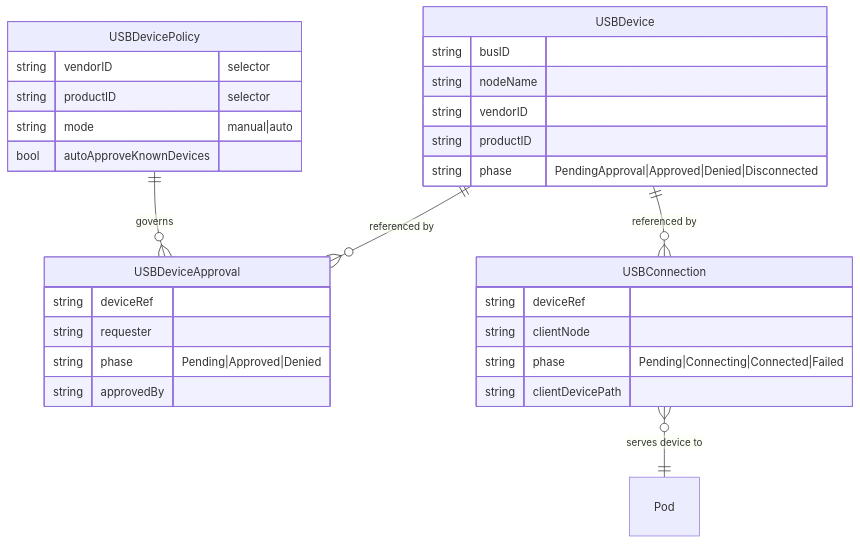
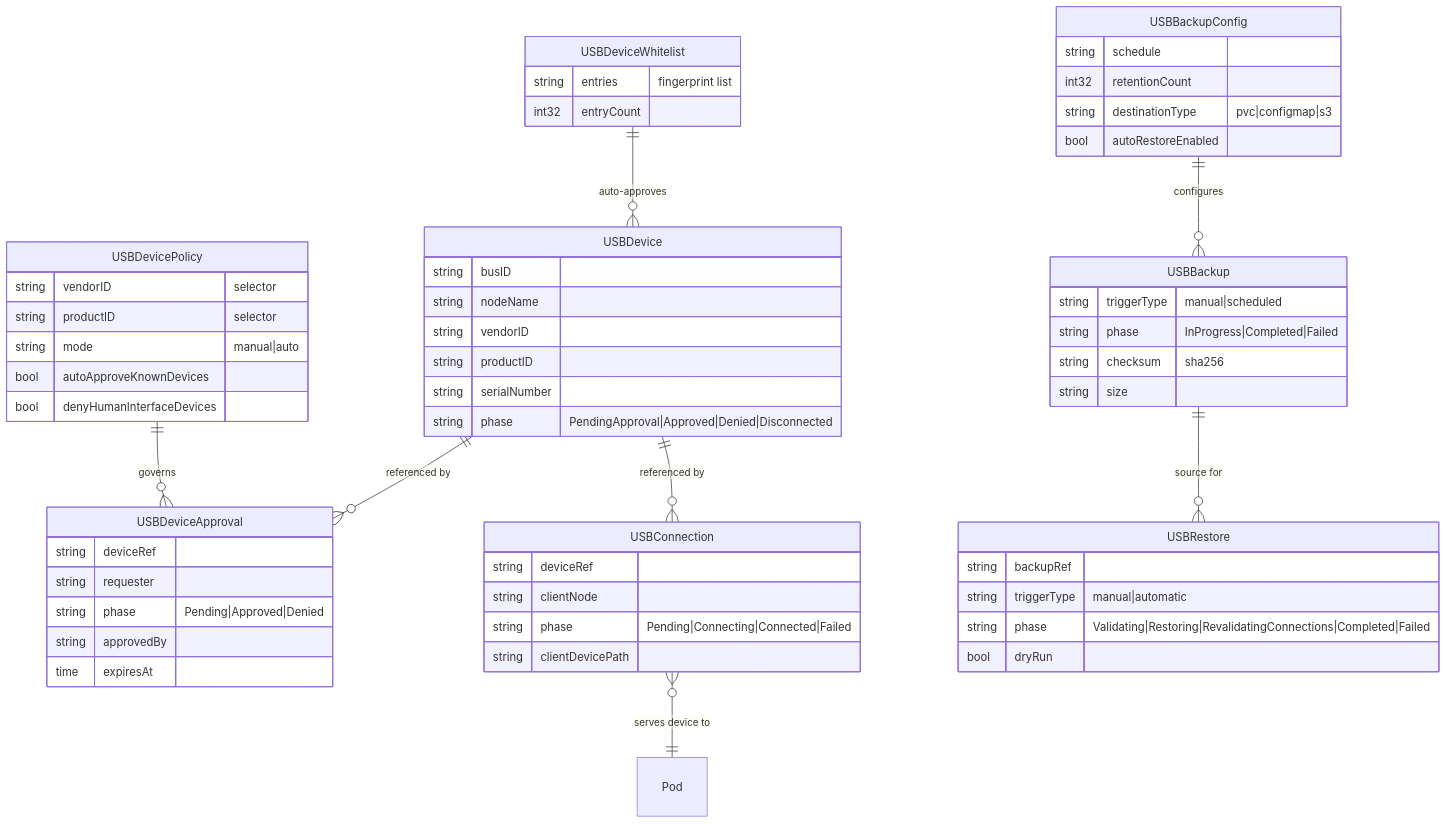
Before and after one commit to grethel-labs/kubelink-usb: the fourth of 9 diagrams in docs/architecture.md, drawn with Mermaid. The commit also changed other lines of this file and 73 other files, not shown here.

````diff
--- a/docs/architecture.md
+++ b/docs/architecture.md
@@ -51,33 +92,61 @@
 ```mermaid
 erDiagram
     USBDevice ||--o{ USBDeviceApproval : "referenced by"
     USBDevice ||--o{ USBConnection : "referenced by"
     USBDevicePolicy ||--o{ USBDeviceApproval : "governs"
     USBConnection }o--|| Pod : "serves device to"
+    USBDeviceWhitelist ||--o{ USBDevice : "auto-approves"
+    USBBackupConfig ||--o{ USBBackup : "configures"
+    USBBackup ||--o{ USBRestore : "source for"
 
     USBDevice {
         string busID
         string nodeName
         string vendorID
         string productID
+        string serialNumber
         string phase "PendingApproval|Approved|Denied|Disconnected"
     }
     USBDeviceApproval {
         string deviceRef
         string requester
         string phase "Pending|Approved|Denied"
         string approvedBy
+        time expiresAt
     }
     USBDevicePolicy {
         string vendorID "selector"
         string productID "selector"
         string mode "manual|auto"
         bool autoApproveKnownDevices
+        bool denyHumanInterfaceDevices
     }
     USBConnection {
         string deviceRef
         string clientNode
         string phase "Pending|Connecting|Connected|Failed"
         string clientDevicePath
     }
+    USBDeviceWhitelist {
+        string entries "fingerprint list"
+        int32 entryCount
+    }
+    USBBackupConfig {
+        string schedule
+        int32 retentionCount
+        string destinationType "pvc|configmap|s3"
+        bool autoRestoreEnabled
+    }
+    USBBackup {
+        string triggerType "manual|scheduled"
+        string phase "InProgress|Completed|Failed"
+        string checksum "sha256"
+        string size
+    }
+    USBRestore {
+        string backupRef
+        string triggerType "manual|automatic"
+        string phase "Validating|Restoring|RevalidatingConnections|Completed|Failed"
+        bool dryRun
+    }
 ```
````
